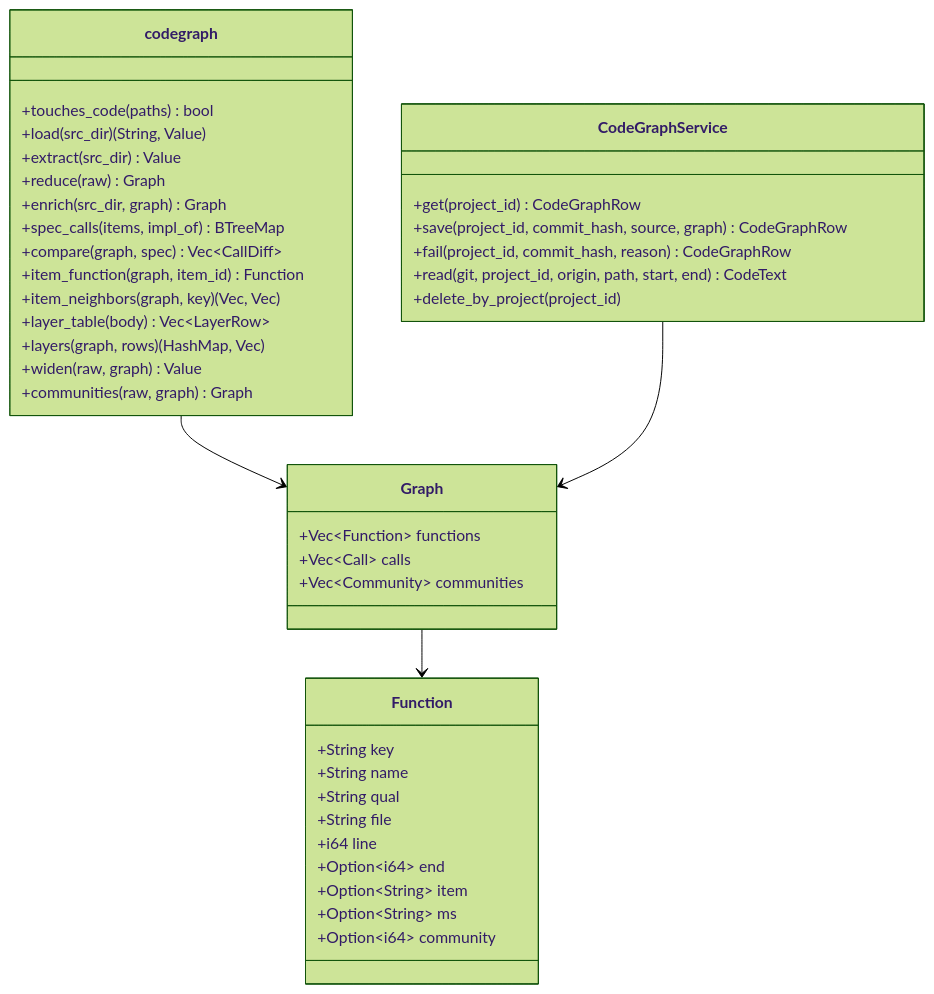
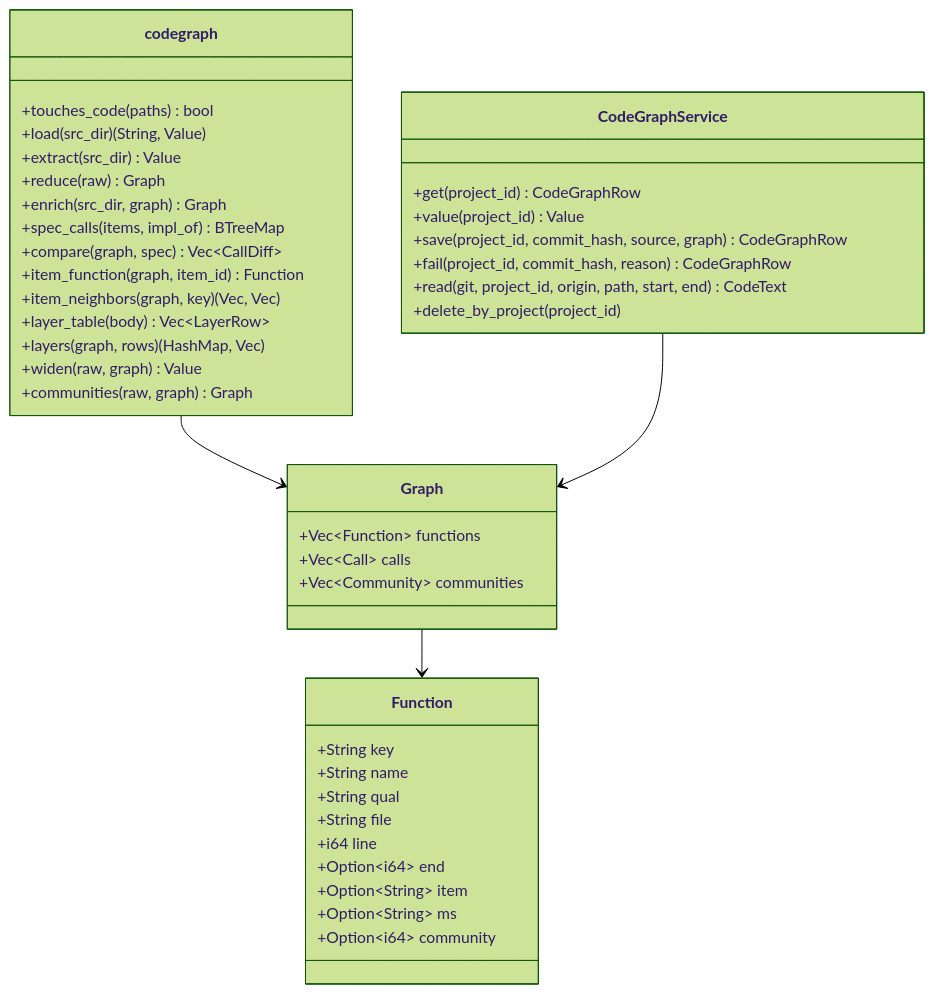
The ninth of 12 diagrams in docs/specs/06-DOM/SYNC-DOM-004.md (HoyoungParkme/syncdoc), drawn with Mermaid (forest theme) before and after one commit. The commit also changed other lines of this file and 63 other files, not shown here.

````diff
--- a/docs/specs/06-DOM/SYNC-DOM-004.md
+++ b/docs/specs/06-DOM/SYNC-DOM-004.md
@@ -844,44 +845,45 @@
 ```mermaid
 classDiagram
     class codegraph {
         +touches_code(paths) bool
         +load(src_dir) (String, Value)
         +extract(src_dir) Value
         +reduce(raw) Graph
         +enrich(src_dir, graph) Graph
         +spec_calls(items, impl_of) BTreeMap
         +compare(graph, spec) Vec~CallDiff~
         +item_function(graph, item_id) Function
         +item_neighbors(graph, key) (Vec, Vec)
         +layer_table(body) Vec~LayerRow~
         +layers(graph, rows) (HashMap, Vec)
         +widen(raw, graph) Value
         +communities(raw, graph) Graph
     }
     class Graph {
         +Vec~Function~ functions
         +Vec~Call~ calls
         +Vec~Community~ communities
     }
     class Function {
         +String key
         +String name
         +String qual
         +String file
         +i64 line
         +Option~i64~ end
         +Option~String~ item
         +Option~String~ ms
         +Option~i64~ community
     }
     class CodeGraphService {
         +get(project_id) CodeGraphRow
+        +value(project_id) Value
         +save(project_id, commit_hash, source, graph) CodeGraphRow
         +fail(project_id, commit_hash, reason) CodeGraphRow
         +read(git, project_id, origin, path, start, end) CodeText
         +delete_by_project(project_id)
     }
     codegraph --> Graph
     Graph --> Function
     CodeGraphService --> Graph
 ```
````
